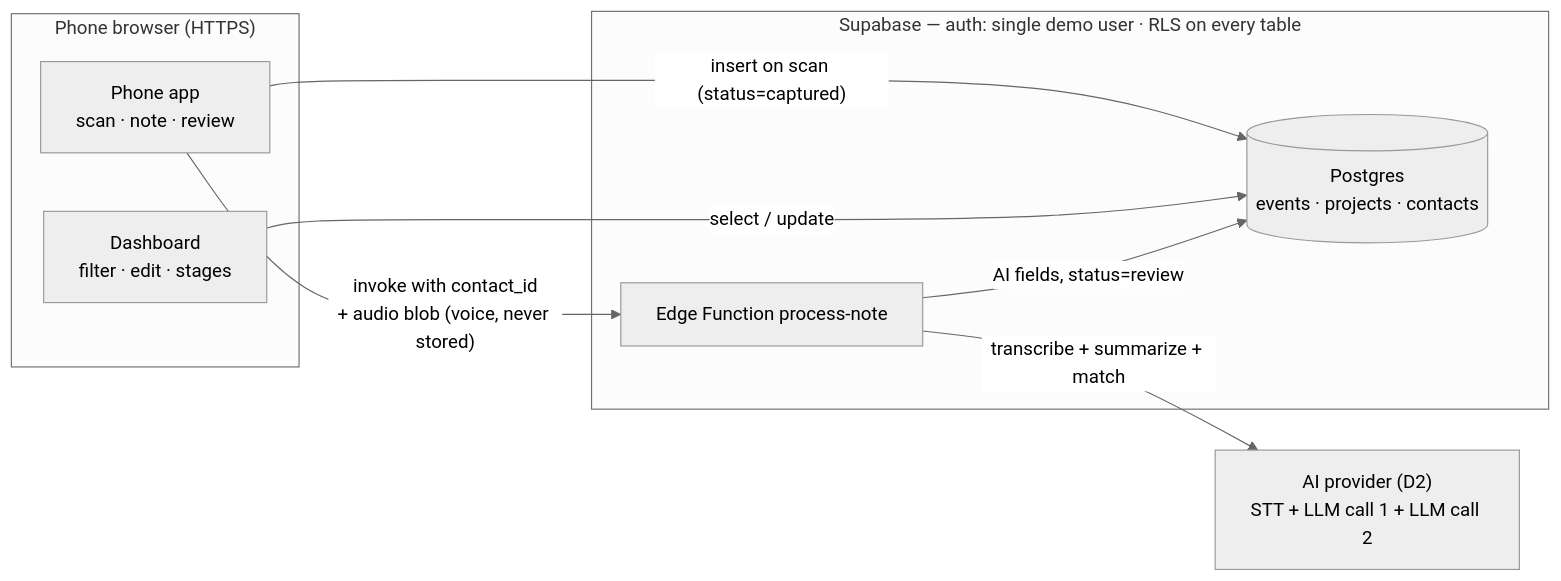
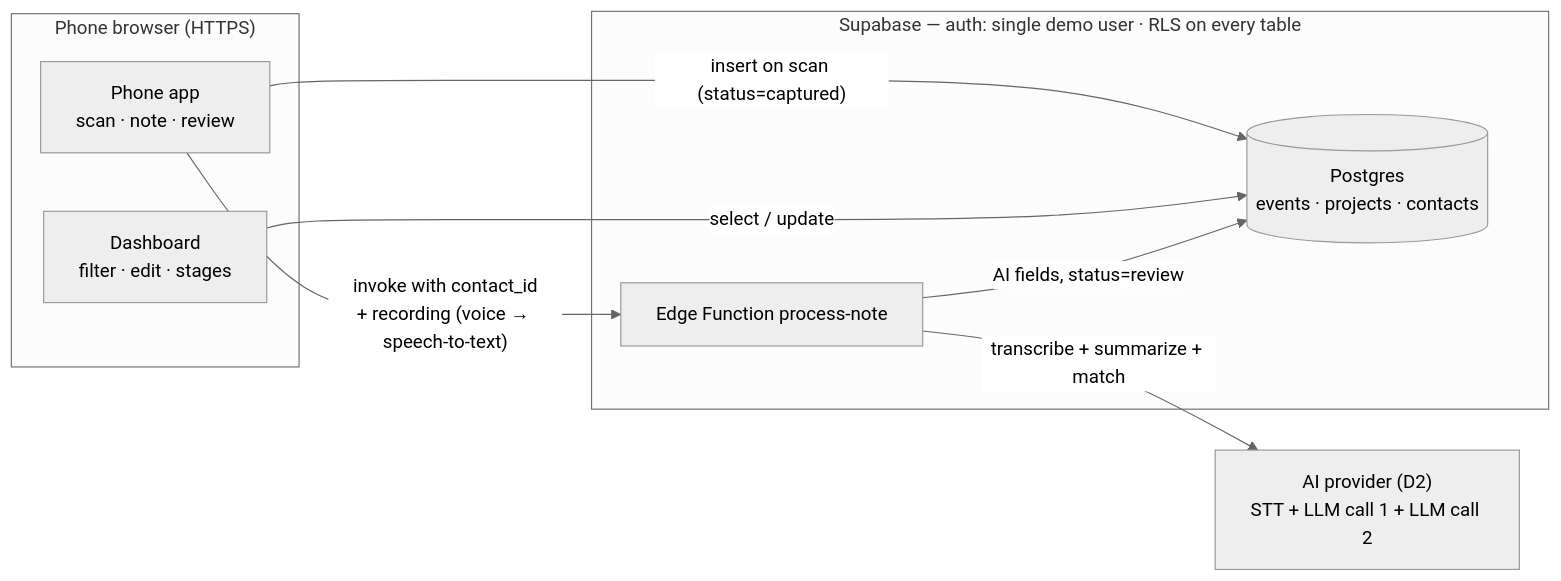
The second of 3 diagrams in docs/ARCHITECTURE.md (NodrrS/bcbt_hackathon), drawn with Mermaid (neutral theme) before and after one commit. The commit also changed other lines of this file and 12 other files, not shown here.

First line of the commit message:
Voice is speech-to-text only: remove every trace of keeping audio

````diff
--- a/docs/ARCHITECTURE.md
+++ b/docs/ARCHITECTURE.md
@@ -33,17 +33,17 @@
 ```mermaid
 flowchart LR
   subgraph browser["Phone browser (HTTPS)"]
     app["Phone app<br/>scan · note · review"]
     dash["Dashboard<br/>filter · edit · stages"]
   end
   subgraph supa["Supabase — auth: single demo user · RLS on every table"]
     pg[("Postgres<br/>events · projects · contacts")]
     fn["Edge Function process-note"]
   end
   ai["AI provider (D2)<br/>STT + LLM call 1 + LLM call 2"]
   app -- "insert on scan (status=captured)" --> pg
-  app -- "invoke with contact_id<br/>+ audio blob (voice, never stored)" --> fn
+  app -- "invoke with contact_id<br/>+ recording (voice → speech-to-text)" --> fn
   dash -- "select / update" --> pg
   fn -- "transcribe + summarize + match" --> ai
   fn -- "AI fields, status=review" --> pg
 ```
````
